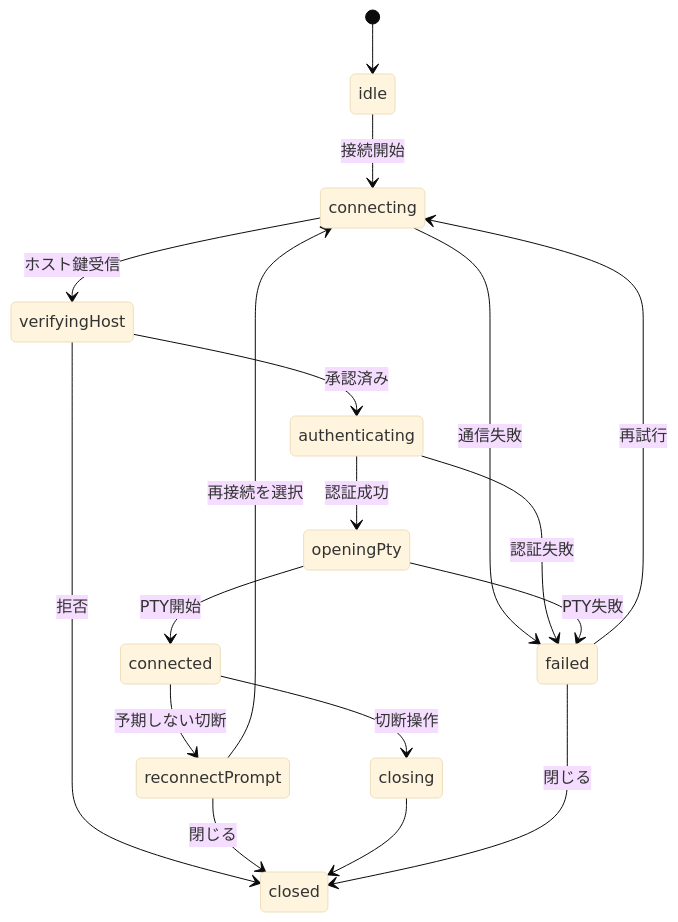
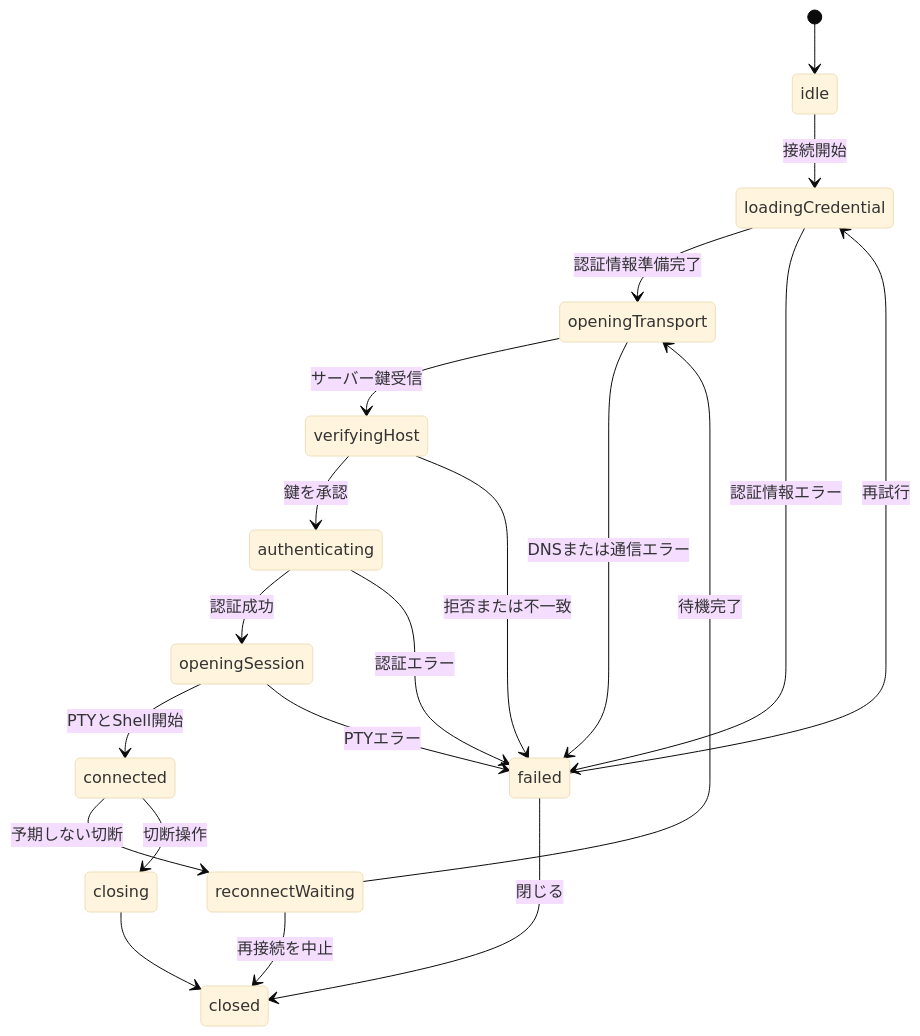
Before and after one commit to 4tsuha/Termethis: the second of 3 diagrams in ARCHITECTURE.md, drawn with Mermaid (base theme). The commit also changed other lines of this file and 59 other files, not shown here.

````diff
--- a/ARCHITECTURE.md
+++ b/ARCHITECTURE.md
@@ -226,20 +278,22 @@
 ```mermaid
 stateDiagram-v2
     [*] --> idle
-    idle --> connecting: 接続開始
-    connecting --> verifyingHost: ホスト鍵受信
-    verifyingHost --> authenticating: 承認済み
-    verifyingHost --> closed: 拒否
-    authenticating --> openingPty: 認証成功
-    openingPty --> connected: PTY開始
-    connecting --> failed: 通信失敗
-    authenticating --> failed: 認証失敗
-    openingPty --> failed: PTY失敗
-    connected --> reconnectPrompt: 予期しない切断
-    reconnectPrompt --> connecting: 再接続を選択
-    reconnectPrompt --> closed: 閉じる
+    idle --> loadingCredential: 接続開始
+    loadingCredential --> openingTransport: 認証情報準備完了
+    openingTransport --> verifyingHost: サーバー鍵受信
+    verifyingHost --> authenticating: 鍵を承認
+    verifyingHost --> failed: 拒否または不一致
+    authenticating --> openingSession: 認証成功
+    openingSession --> connected: PTYとShell開始
+    loadingCredential --> failed: 認証情報エラー
+    openingTransport --> failed: DNSまたは通信エラー
+    authenticating --> failed: 認証エラー
+    openingSession --> failed: PTYエラー
+    connected --> reconnectWaiting: 予期しない切断
+    reconnectWaiting --> openingTransport: 待機完了
+    reconnectWaiting --> closed: 再接続を中止
     connected --> closing: 切断操作
+    failed --> loadingCredential: 再試行
+    failed --> closed: 閉じる
     closing --> closed
-    failed --> connecting: 再試行
-    failed --> closed: 閉じる
 ```
````
